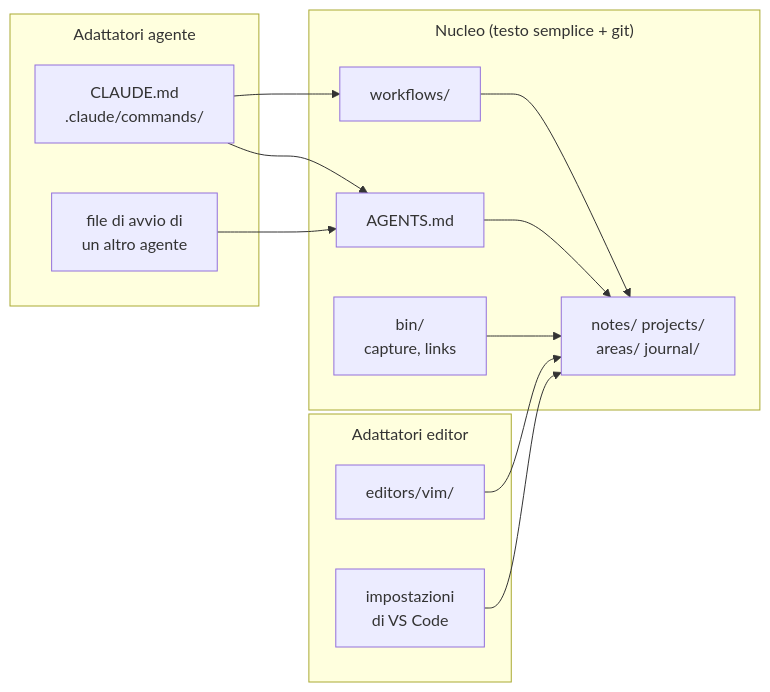
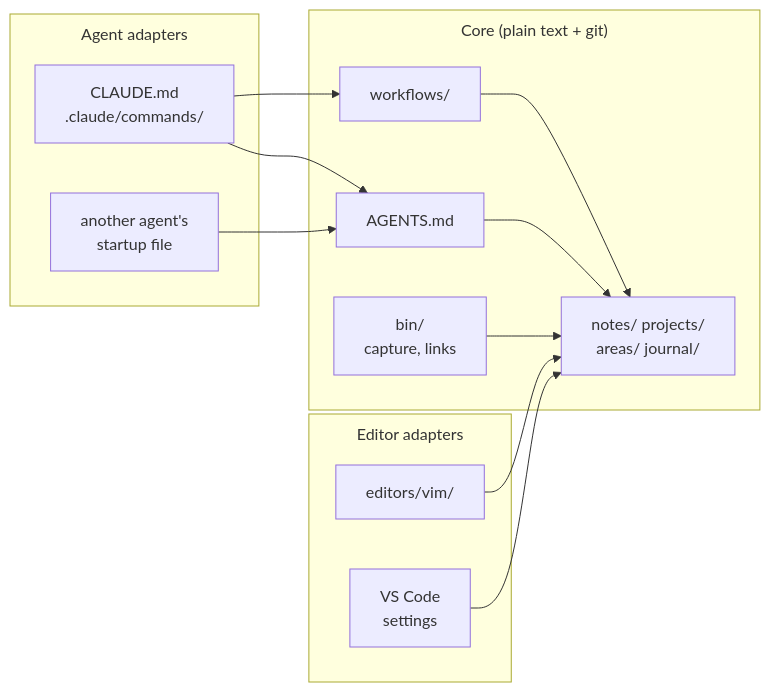
Before and after one commit to matteogiorgi/second-brain: the first of 3 diagrams in README.md, drawn with Mermaid. The commit also changed other lines of this file and 18 other files, not shown here.

````diff
--- a/README.md
+++ b/README.md
@@ -21,32 +9,32 @@
 ```mermaid
 ---
 config:
   flowchart:
     subGraphTitleMargin:
       top: 8
       bottom: 8
 ---
 flowchart LR
-    subgraph adattatori_editor["Adattatori editor"]
+    subgraph editor_adapters["Editor adapters"]
         vim["editors/vim/"]
-        vscode["impostazioni<br/>di VS Code"]
+        vscode["VS Code<br/>settings"]
     end
-    subgraph nucleo["Nucleo (testo semplice + git)"]
-        note["notes/ projects/<br/>areas/ journal/"]
+    subgraph core["Core (plain text + git)"]
+        notes["notes/ projects/<br/>areas/ journal/"]
         agents["AGENTS.md"]
         wf["workflows/"]
         bin["bin/<br/>capture, links"]
     end
-    subgraph adattatori_agente["Adattatori agente"]
+    subgraph agent_adapters["Agent adapters"]
         claude["CLAUDE.md<br/>.claude/commands/"]
-        altro["file di avvio di<br/>un altro agente"]
+        other["another agent's<br/>startup file"]
     end
-    vim --> note
-    vscode --> note
+    vim --> notes
+    vscode --> notes
     claude --> agents
     claude --> wf
-    altro --> agents
-    agents --> note
-    wf --> note
-    bin --> note
+    other --> agents
+    agents --> notes
+    wf --> notes
+    bin --> notes
 ```
````
